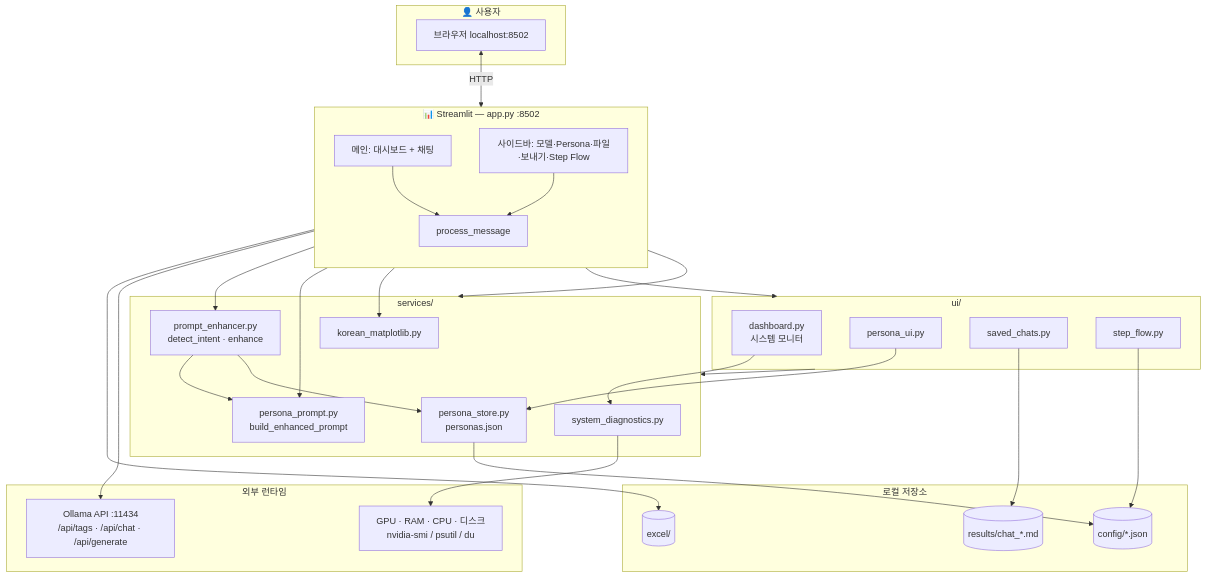
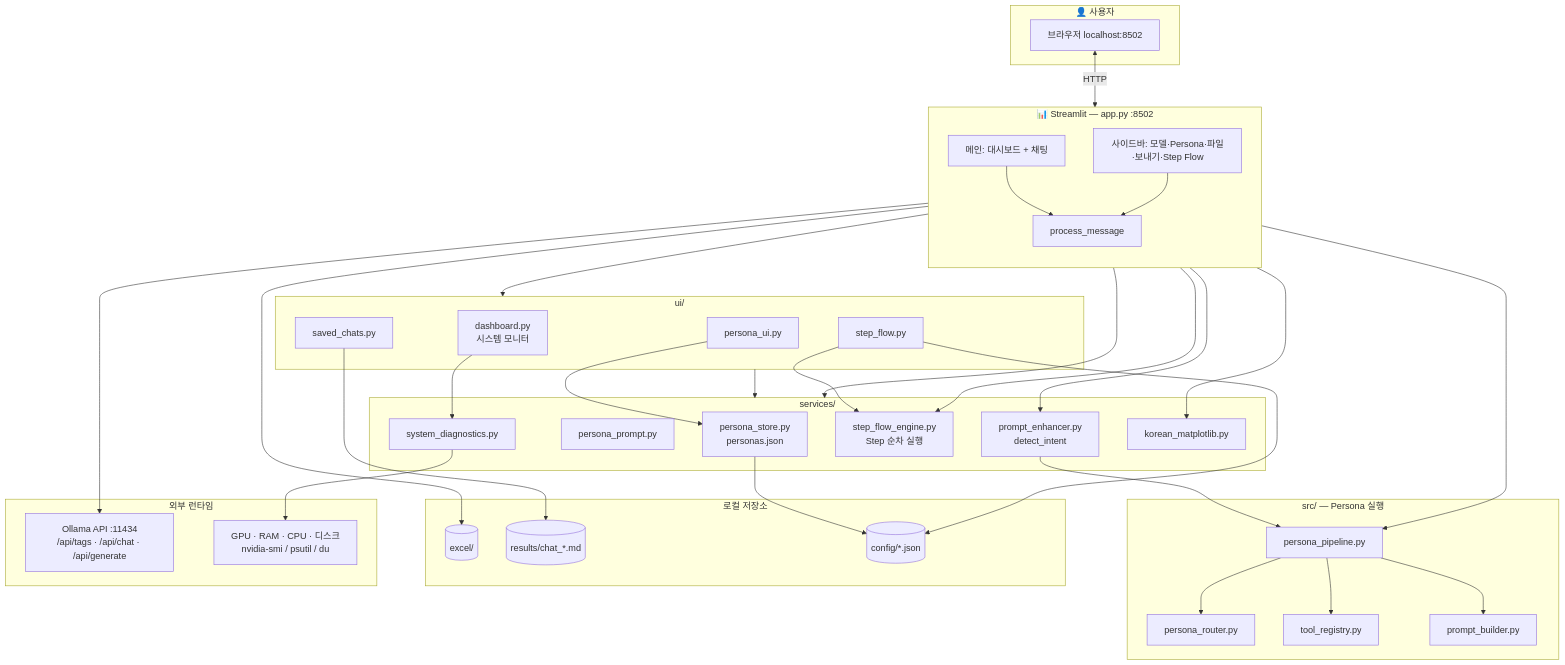
Before and after one commit to eunbijoel/SW_Tech: the first of 2 diagrams in README.md, drawn with Mermaid. The commit also changed other lines of this file, not shown here.

````diff
--- a/README.md
+++ b/README.md
@@ -97,59 +92,71 @@
 ```mermaid
 flowchart TB
     subgraph User["👤 사용자"]
         U1[브라우저 localhost:8502]
     end
 
     subgraph App["📊 Streamlit — app.py :8502"]
         direction TB
         Main[메인: 대시보드 + 채팅]
         Side[사이드바: 모델·Persona·파일·보내기·Step Flow]
         PM[process_message]
         Main --> PM
         Side --> PM
     end
 
     subgraph UI["ui/"]
         DASH[dashboard.py<br/>시스템 모니터]
         PUI[persona_ui.py]
         SAV[saved_chats.py]
         STEP[step_flow.py]
     end
 
     subgraph SVC["services/"]
         PS[persona_store.py<br/>personas.json]
-        PP[persona_prompt.py<br/>build_enhanced_prompt]
-        PE[prompt_enhancer.py<br/>detect_intent · enhance]
+        PP[persona_prompt.py]
+        PE[prompt_enhancer.py<br/>detect_intent]
+        SFE[step_flow_engine.py<br/>Step 순차 실행]
         SD[system_diagnostics.py]
         KM[korean_matplotlib.py]
+    end
+
+    subgraph SRC["src/ — Persona 실행"]
+        PL[persona_pipeline.py]
+        PR[persona_router.py]
+        TR[tool_registry.py]
+        PB[prompt_builder.py]
     end
 
     subgraph Storage["로컬 저장소"]
         EX[(excel/)]
         RES[(results/chat_*.md)]
         CFG[(config/*.json)]
     end
 
     subgraph External["외부 런타임"]
         OLL[Ollama API :11434<br/>/api/tags · /api/chat · /api/generate]
         HW[GPU · RAM · CPU · 디스크<br/>nvidia-smi / psutil / du]
     end
 
     U1 <-->|HTTP| App
     App --> UI
     App --> SVC
     UI --> SVC
     PM --> EX
     PM --> OLL
     DASH --> SD
     SD --> HW
     PUI --> PS
     PS --> CFG
     STEP --> CFG
     SAV --> RES
+    PM --> PL
+    PL --> PR
+    PL --> TR
+    PL --> PB
     PM --> PE
-    PM --> PP
-    PE --> PP
-    PE --> PS
+    PM --> SFE
+    STEP --> SFE
+    PE --> PL
     PM --> KM
 ```
````
